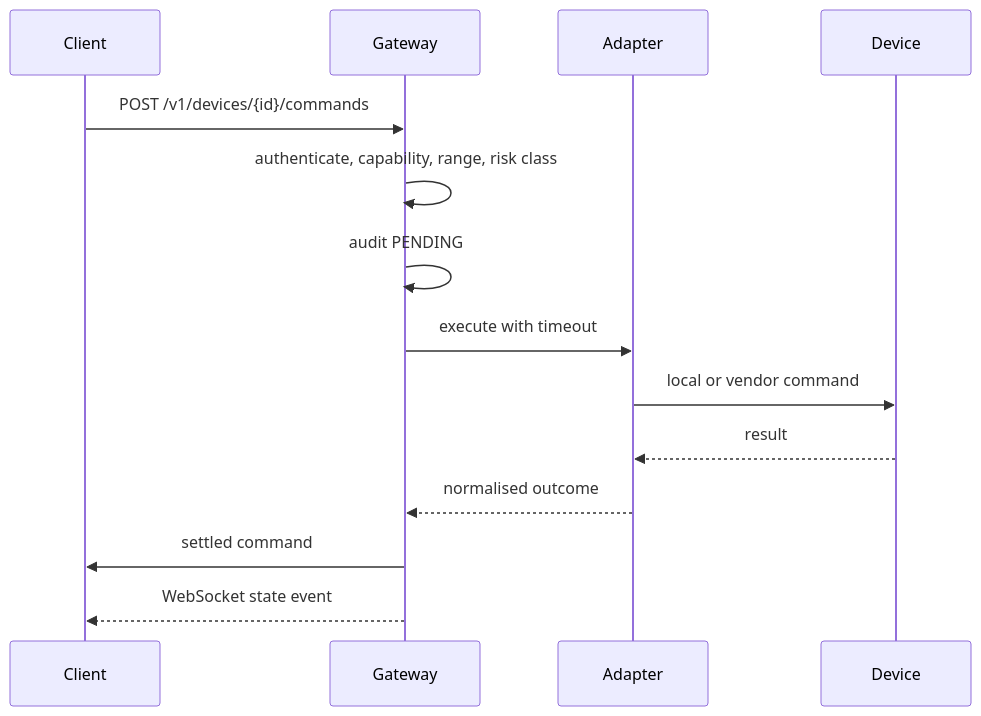
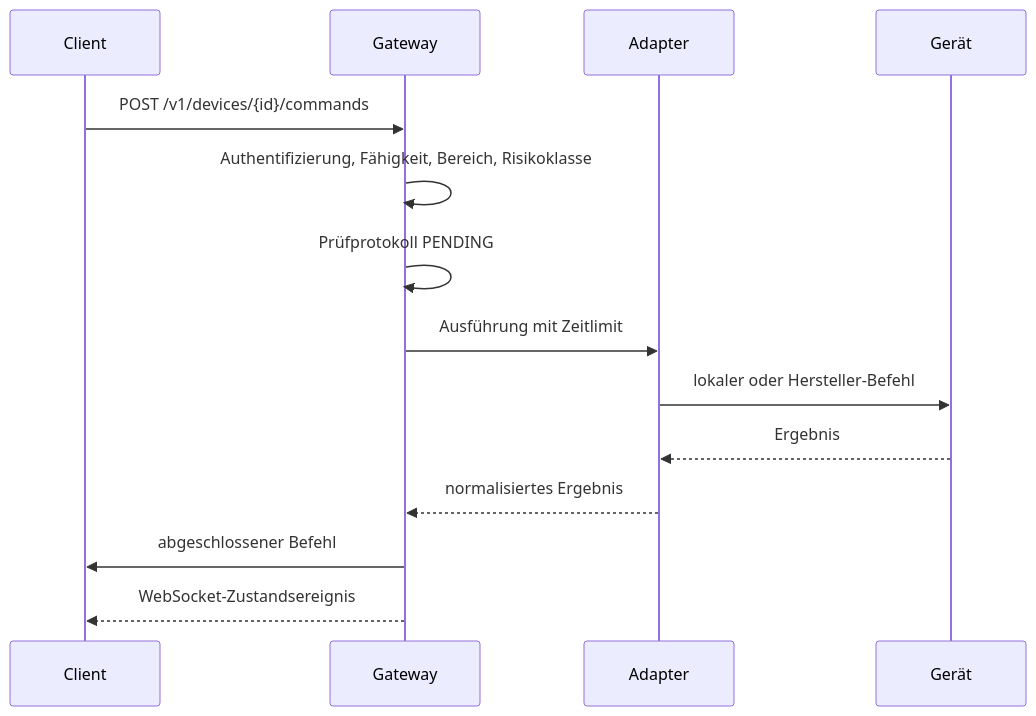
The third of 3 diagrams in README.md (mariohansen/homeflow), drawn with Mermaid before and after one commit. The commit also changed other lines of this file and 47 other files, not shown here.

````diff
--- a/README.md
+++ b/README.md
@@ -91,17 +95,17 @@
 ```mermaid
 sequenceDiagram
     participant C as Client
     participant API as Gateway
     participant P as Adapter
-    participant D as Device
+    participant D as Gerät
 
     C->>API: POST /v1/devices/{id}/commands
-    API->>API: authenticate, capability, range, risk class
-    API->>API: audit PENDING
-    API->>P: execute with timeout
-    P->>D: local or vendor command
-    D-->>P: result
-    P-->>API: normalised outcome
-    API->>C: settled command
-    API-->>C: WebSocket state event
+    API->>API: Authentifizierung, Fähigkeit, Bereich, Risikoklasse
+    API->>API: Prüfprotokoll PENDING
+    API->>P: Ausführung mit Zeitlimit
+    P->>D: lokaler oder Hersteller-Befehl
+    D-->>P: Ergebnis
+    P-->>API: normalisiertes Ergebnis
+    API->>C: abgeschlossener Befehl
+    API-->>C: WebSocket-Zustandsereignis
 ```
````
